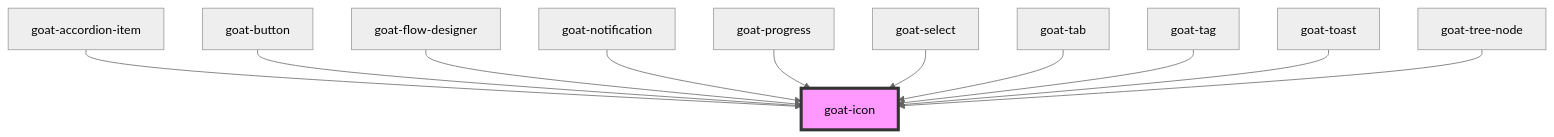
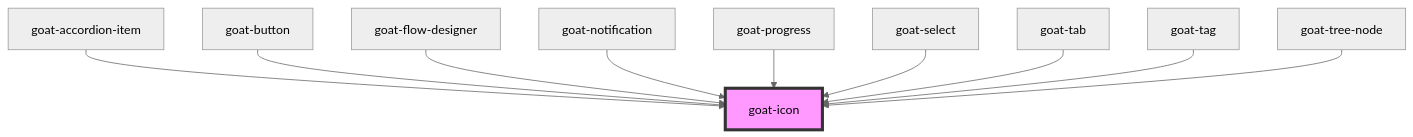
The diagram in src/components/primitive/icon/readme.md (goatui/components), drawn with Mermaid (neutral theme) before and after one commit. The commit also changed other lines of this file and 137 other files, not shown here.

````diff
--- a/src/components/primitive/icon/readme.md
+++ b/src/components/primitive/icon/readme.md
@@ -32,14 +31,13 @@
 ```mermaid
 graph TD;
   goat-accordion-item --> goat-icon
   goat-button --> goat-icon
   goat-flow-designer --> goat-icon
   goat-notification --> goat-icon
   goat-progress --> goat-icon
   goat-select --> goat-icon
   goat-tab --> goat-icon
   goat-tag --> goat-icon
-  goat-toast --> goat-icon
   goat-tree-node --> goat-icon
   style goat-icon fill:#f9f,stroke:#333,stroke-width:4px
 ```
````
